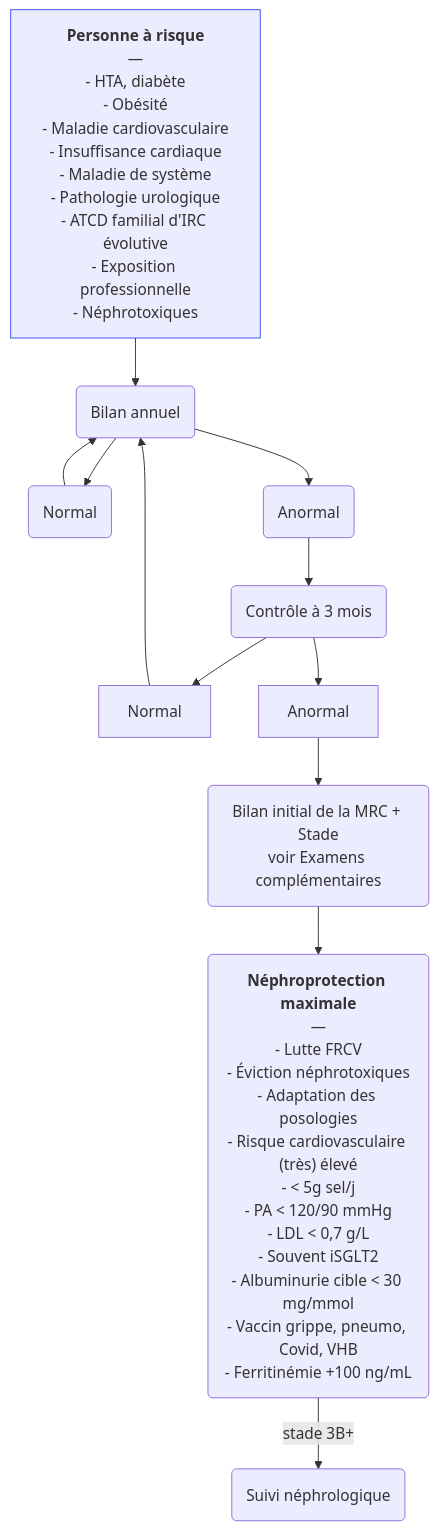
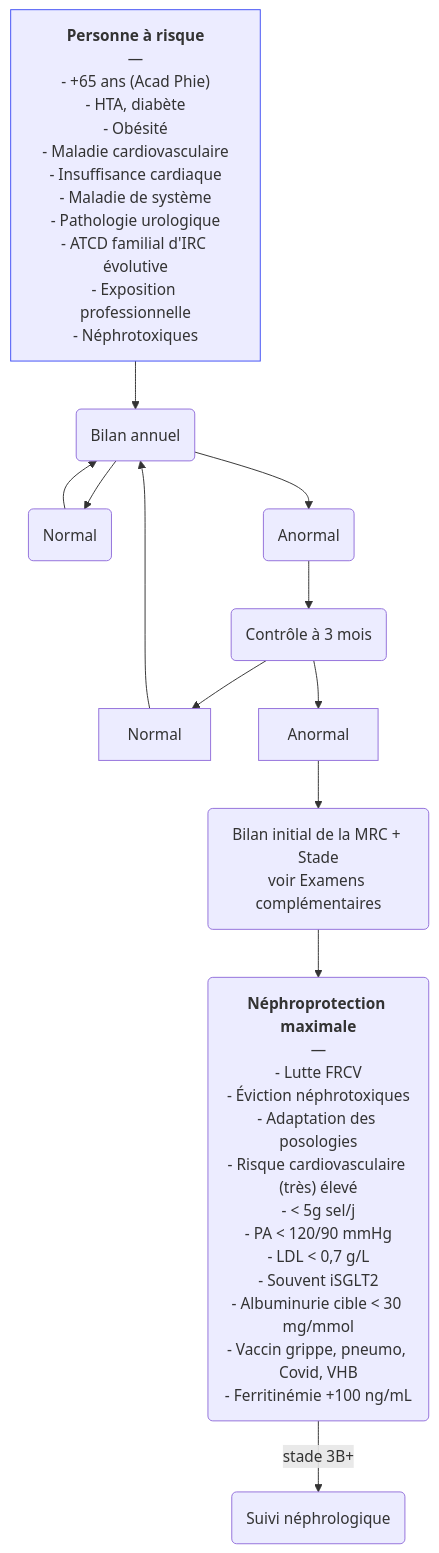
The diagram in content/recommandations/insuffisance-renale-chronique.md (djibe/recommandations-medicales), drawn with Mermaid before and after one commit. The commit also changed other lines of this file and 16 other files, not shown here.

```diff
--- a/content/recommandations/insuffisance-renale-chronique.md
+++ b/content/recommandations/insuffisance-renale-chronique.md
@@ -485,15 +486,15 @@
 {{< mermaid title="Conduite à tenir pour le dépistage et la prise en charge de la maladie rénale chronique. Dr JB Fron d'après KDIGO 2024 et HAS 2023" >}}
 graph TB
-fdr["<b>Personne à risque</b><br>—<br>- HTA, diabète<br>- Obésité<br>- Maladie cardiovasculaire<br>- Insuffisance cardiaque<br>- Maladie de système<br>- Pathologie urologique<br>- ATCD familial d'IRC évolutive<br>- Exposition professionnelle<br>- Néphrotoxiques"] --> 2(Bilan annuel)
+fdr["<b>Personne à risque</b><br>—<br>- +65 ans (Acad Phie)<br>- HTA, diabète<br>- Obésité<br>- Maladie cardiovasculaire<br>- Insuffisance cardiaque<br>- Maladie de système<br>- Pathologie urologique<br>- ATCD familial d'IRC évolutive<br>- Exposition professionnelle<br>- Néphrotoxiques"] --> 2(Bilan annuel)
 style fdr stroke:#4150f5, stroke-width:1px
   2 --> 3N(Normal)
     3N --> 2
   2 --> 3A(Anormal)
   3A --> 4(Contrôle à 3 mois)
   4 --> Normal
     Normal --> 2
   4 --> Anormal
   Anormal --> bilan("Bilan initial de la MRC + Stade<br>voir Examens complémentaires")
   bilan --> nephroprotection("<strong>Néphroprotection maximale</strong><br>—<br>- Lutte FRCV<br>- Éviction néphrotoxiques<br>- Adaptation des posologies<br>- Risque cardiovasculaire (très) élevé<br>- &lt; 5g sel/j<br>- PA &lt; 120/90 mmHg<br>- LDL &lt; 0,7 g/L<br>- Souvent iSGLT2<br>- Albuminurie cible &lt; 30 mg/mmol<br>- Vaccin grippe, pneumo, Covid, VHB<br>- Ferritinémie +100 ng/mL")
   nephroprotection -- stade 3B+ --> avis(Suivi néphrologique)
 {{< /mermaid >}}
```
